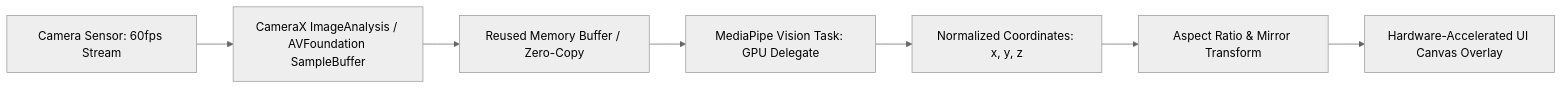
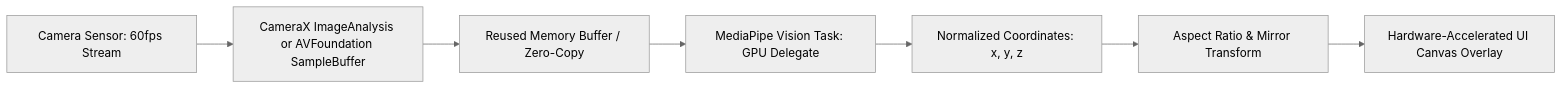
One commit to vennamprasad/awesome-mobile-interviews changed the first of 3 diagrams in engineering/growth-and-internals/07_Real_Time_Image_Audio_Processing_MediaPipe.md. Above: the diagram before and after it, drawn with Mermaid (neutral theme). The commit also changed other lines of this file and 7 other files, not shown here.

Commit message:
fix(growth-and-internals): resolve Mermaid diagram syntax and quoting for GitHub rich display

````diff
--- a/engineering/growth-and-internals/07_Real_Time_Image_Audio_Processing_MediaPipe.md
+++ b/engineering/growth-and-internals/07_Real_Time_Image_Audio_Processing_MediaPipe.md
@@ -13,9 +13,9 @@
 ```mermaid
 graph LR
-    CameraSensor[Camera Sensor: 60fps Stream] --> FrameIngestion[CameraX ImageAnalysis / AVFoundation SampleBuffer]
-    FrameIngestion --> BufferPool[Reused Memory Buffer / Zero-Copy]
-    BufferPool --> MediaPipeTask[MediaPipe Vision Task: GPU Delegate]
-    MediaPipeTask --> OutputLandmarks[Normalized Coordinates: x, y, z]
-    OutputLandmarks --> CoordinateMapper[Aspect Ratio & Mirror Transform]
-    CoordinateMapper --> GLOverlay[Hardware-Accelerated UI Canvas Overlay]
+    CameraSensor["Camera Sensor: 60fps Stream"] --> FrameIngestion["CameraX ImageAnalysis or AVFoundation SampleBuffer"]
+    FrameIngestion --> BufferPool["Reused Memory Buffer / Zero-Copy"]
+    BufferPool --> MediaPipeTask["MediaPipe Vision Task: GPU Delegate"]
+    MediaPipeTask --> OutputLandmarks["Normalized Coordinates: x, y, z"]
+    OutputLandmarks --> CoordinateMapper["Aspect Ratio & Mirror Transform"]
+    CoordinateMapper --> GLOverlay["Hardware-Accelerated UI Canvas Overlay"]
 ```
````
